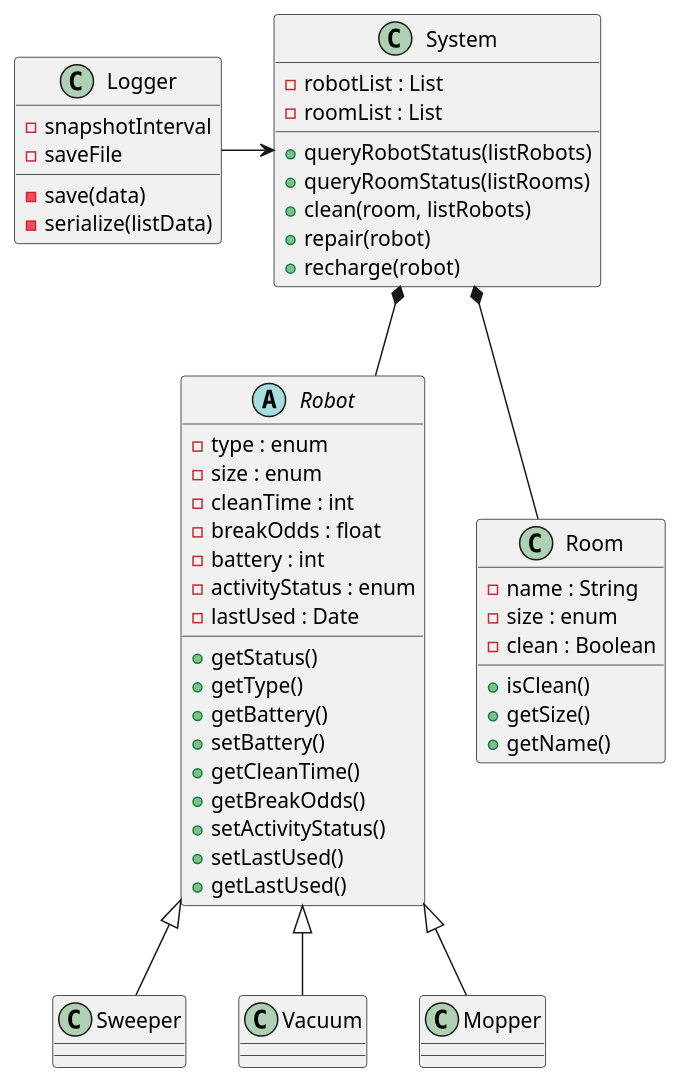
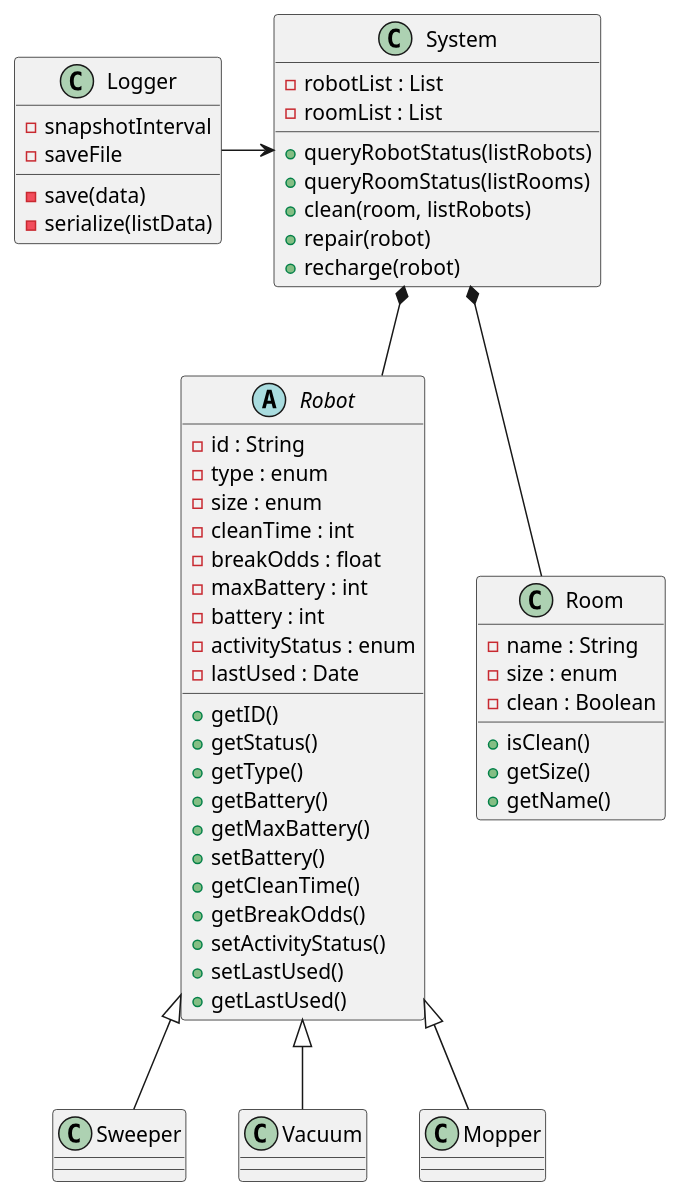
The diagram in docs/design/class_diagram/class_diagram.puml (arisk02/robot-fleet-management-system), drawn with PlantUML before and after one commit.

Commit message:
added id  and max battery fields to robot

```diff
--- a/docs/design/class_diagram/class_diagram.puml
+++ b/docs/design/class_diagram/class_diagram.puml
@@ -1,53 +1,57 @@
 @startuml
 Class System{
     -robotList : List
     -roomList : List
     +queryRobotStatus(listRobots)
     +queryRoomStatus(listRooms)
     +clean(room, listRobots)
     +repair(robot)
     +recharge(robot)
 }
 Abstract class Robot{
+    -id : String
     -type : enum
     -size : enum
     -cleanTime : int
     -breakOdds : float
+    -maxBattery : int
     -battery : int
     -activityStatus : enum
     -lastUsed : Date
+    +getID()
     +getStatus()
     +getType()
     +getBattery()
+    +getMaxBattery()
     +setBattery()
     +getCleanTime()
     +getBreakOdds()
     +setActivityStatus()
     +setLastUsed()
     +getLastUsed()
 }
 class Sweeper
 class Vacuum
 class Mopper
 class Room{
     -name : String
     -size : enum
     -clean : Boolean
     +isClean()
     +getSize()
     +getName()
 }
 class Logger{
     -snapshotInterval
     -saveFile
     -save(data)
     -serialize(listData)
 }
 System *-- Robot
 Robot <|-- Sweeper
 Robot <|-- Vacuum
 Robot <|-- Mopper
 System *-- Room
 Logger -> System
 
 @enduml
```
